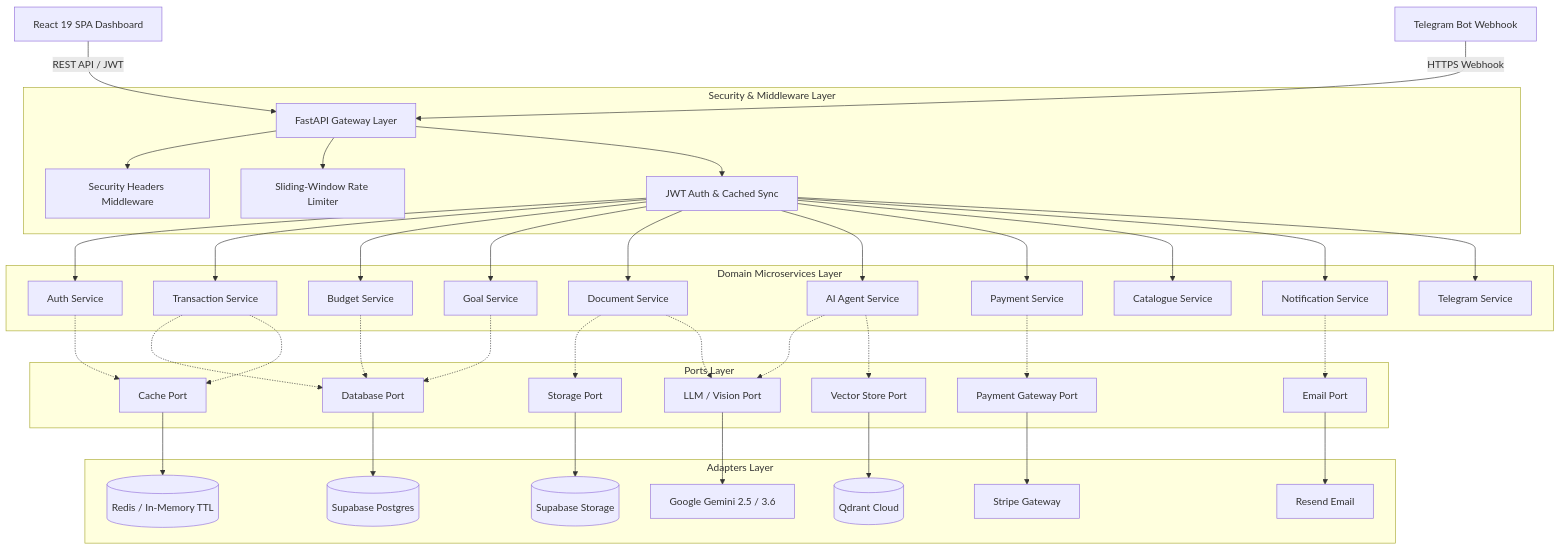
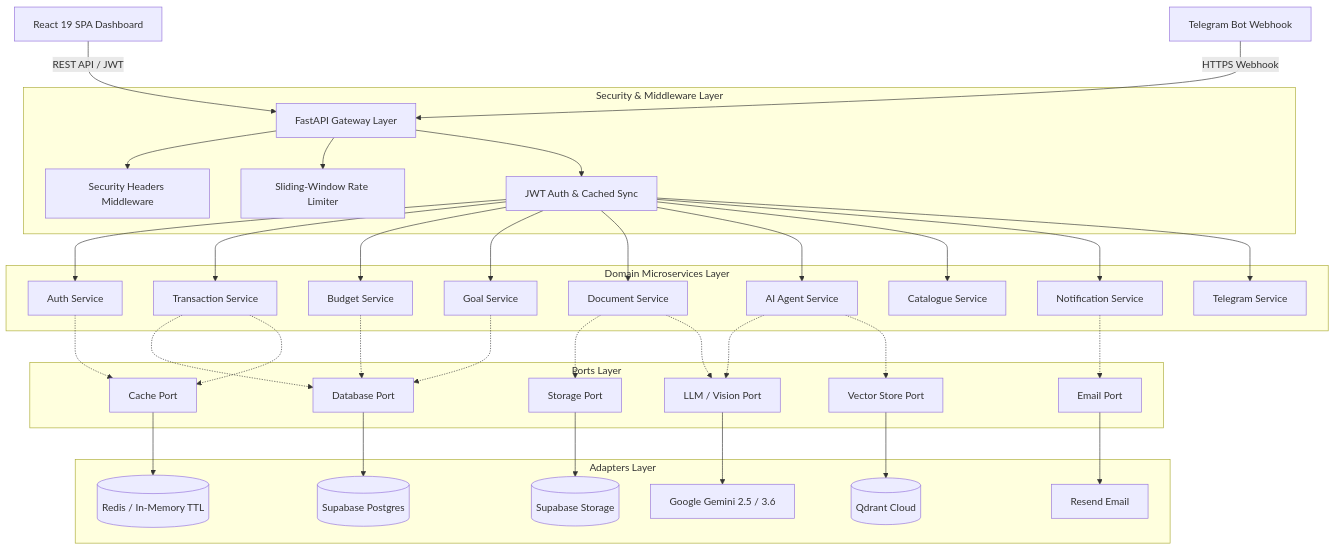
Before and after one commit to nilayDawn/ARTHA_backend: the diagram in README.md, drawn with Mermaid. The commit also changed other lines of this file and 87 other files, not shown here.

````diff
--- a/README.md
+++ b/README.md
@@ -27,44 +29,41 @@
 ```mermaid
 graph TD
     Client1[React 19 SPA Dashboard] -->|REST API / JWT| Gateway[FastAPI Gateway Layer]
     Client2[Telegram Bot Webhook] -->|HTTPS Webhook| Gateway
 
     subgraph Security & Middleware Layer
         Gateway --> SecHeaders[Security Headers Middleware]
         Gateway --> RateLimiter[Sliding-Window Rate Limiter]
         Gateway --> AuthVerify[JWT Auth & Cached Sync]
     end
 
     subgraph Domain Microservices Layer
         AuthVerify --> AuthService[Auth Service]
         AuthVerify --> TxService[Transaction Service]
         AuthVerify --> BudgetService[Budget Service]
         AuthVerify --> GoalService[Goal Service]
         AuthVerify --> DocService[Document Service]
         AuthVerify --> AgentService[AI Agent Service]
-        AuthVerify --> PayService[Payment Service]
         AuthVerify --> CatService[Catalogue Service]
         AuthVerify --> NotifService[Notification Service]
         AuthVerify --> TelService[Telegram Service]
     end
 
     subgraph Ports Layer
         TxService & BudgetService & GoalService -.-> DBPort[Database Port]
         DocService -.-> StoragePort[Storage Port]
         DocService & AgentService -.-> LLMPort[LLM / Vision Port]
         AgentService -.-> VectorPort[Vector Store Port]
-        PayService -.-> PayPort[Payment Gateway Port]
         NotifService -.-> EmailPort[Email Port]
         TxService & AuthService -.-> CachePort[Cache Port]
     end
 
     subgraph Adapters Layer
         DBPort --> SupabaseDB[(Supabase Postgres)]
         StoragePort --> SupabaseStorage[(Supabase Storage)]
         LLMPort --> GeminiAPI[Google Gemini 2.5 / 3.6]
         VectorPort --> QdrantDB[(Qdrant Cloud)]
-        PayPort --> StripeAPI[Stripe Gateway]
         EmailPort --> ResendAPI[Resend Email]
         CachePort --> RedisCache[(Redis / In-Memory TTL)]
     end
 ```
````
